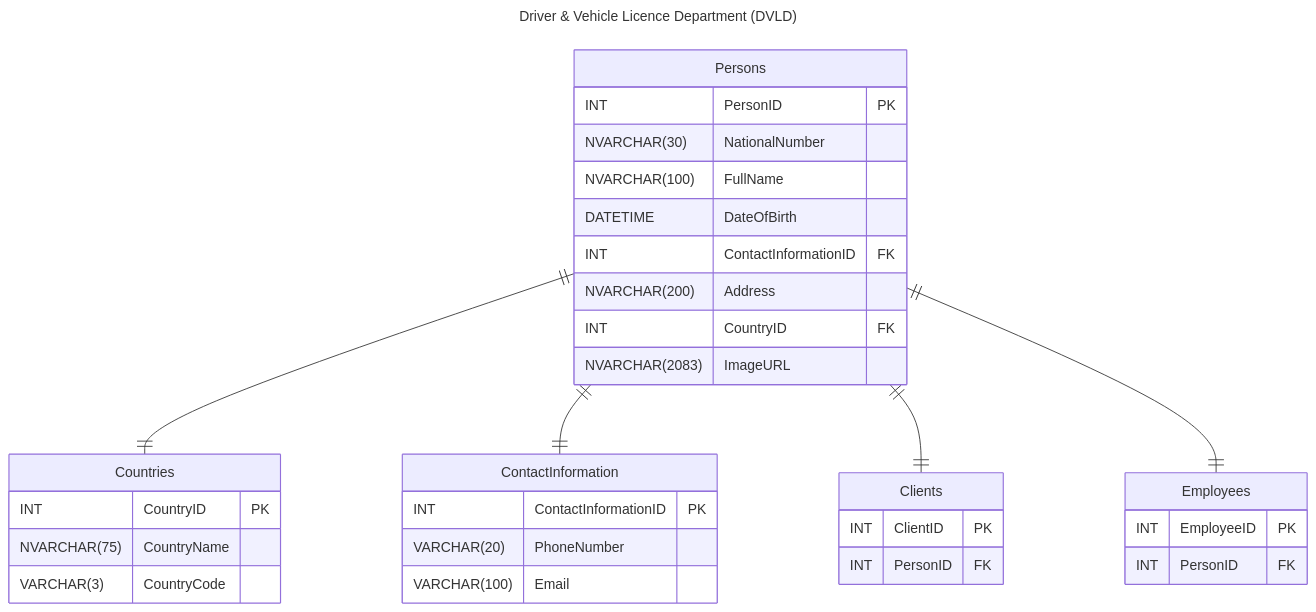
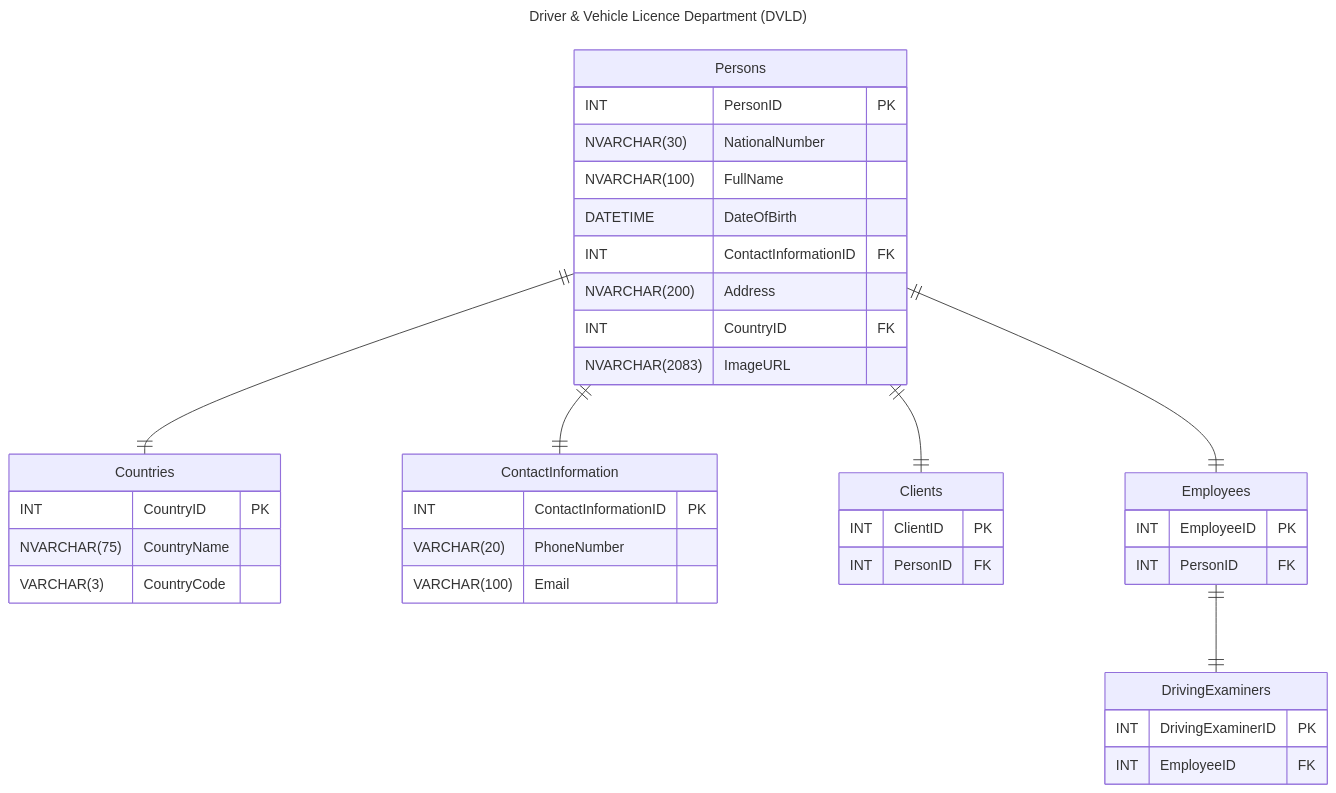
One commit to M4MD24/Full-Real-Project-by-Programming-Advices changed the diagram in RelationalSchema/DriverAndVehicleLicensingDepartment.mmd. Above: the diagram before and after it, drawn with Mermaid.

Commit message:
Create (DrivingExaminers) Tables and Set Relationships

```diff
--- a/RelationalSchema/DriverAndVehicleLicensingDepartment.mmd
+++ b/RelationalSchema/DriverAndVehicleLicensingDepartment.mmd
@@ -1,37 +1,42 @@
 ---
 title: Driver & Vehicle Licence Department (DVLD)
 ---
 erDiagram
     Persons {
         INT PersonID PK
         NVARCHAR(30) NationalNumber
         NVARCHAR(100) FullName
         DATETIME DateOfBirth
         INT ContactInformationID FK
         NVARCHAR(200) Address
         INT CountryID FK
         NVARCHAR(2083) ImageURL
     }
     Countries {
         INT CountryID PK
         NVARCHAR(75) CountryName
         VARCHAR(3) CountryCode
     }
     ContactInformation {
         INT ContactInformationID PK
         VARCHAR(20) PhoneNumber
         VARCHAR(100) Email
     }
     Clients {
         INT ClientID PK
         INT PersonID FK
     }
     Employees {
         INT EmployeeID PK
         INT PersonID FK
     }
+    DrivingExaminers {
+        INT DrivingExaminerID PK
+        INT EmployeeID FK
+    }
 
     Persons ||--|| Countries: ""
     Persons ||--|| ContactInformation: ""
     Persons ||--|| Clients: ""
     Persons ||--|| Employees: ""
+    Employees ||--|| DrivingExaminers: ""
```
